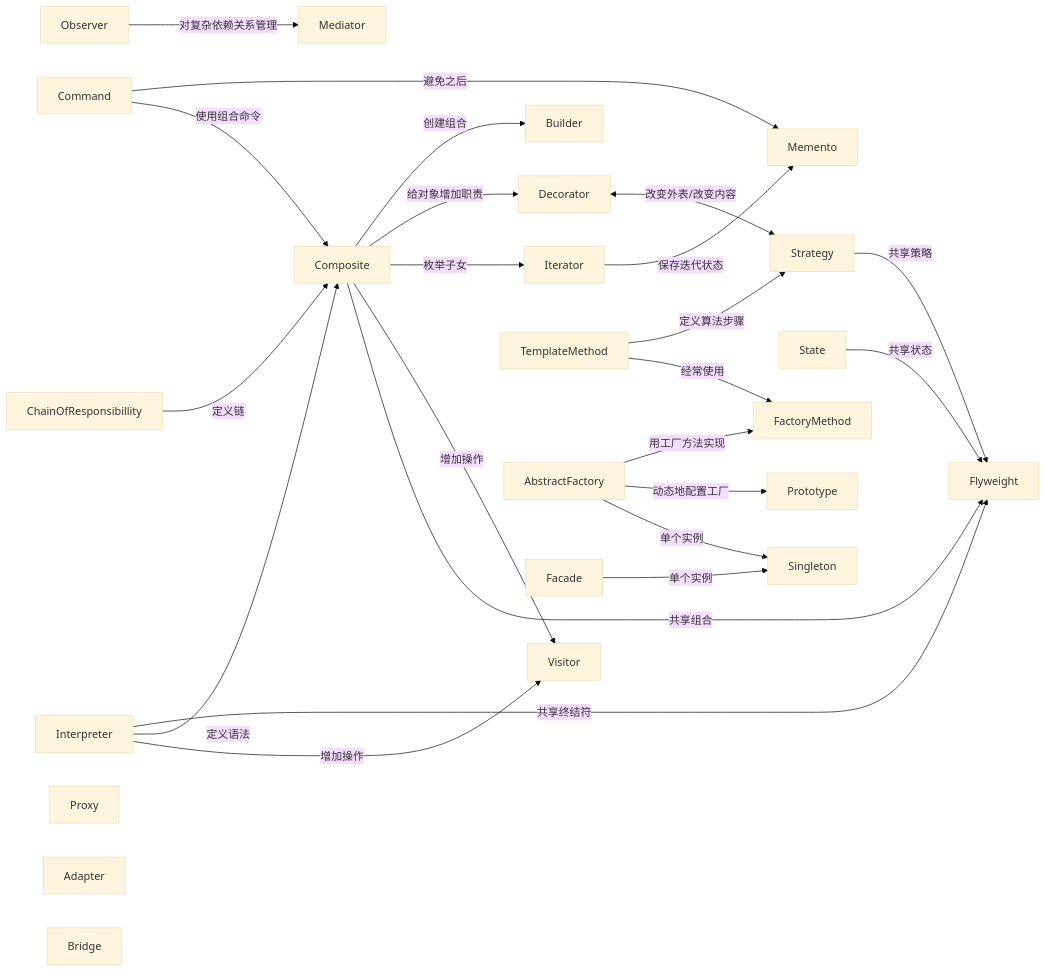
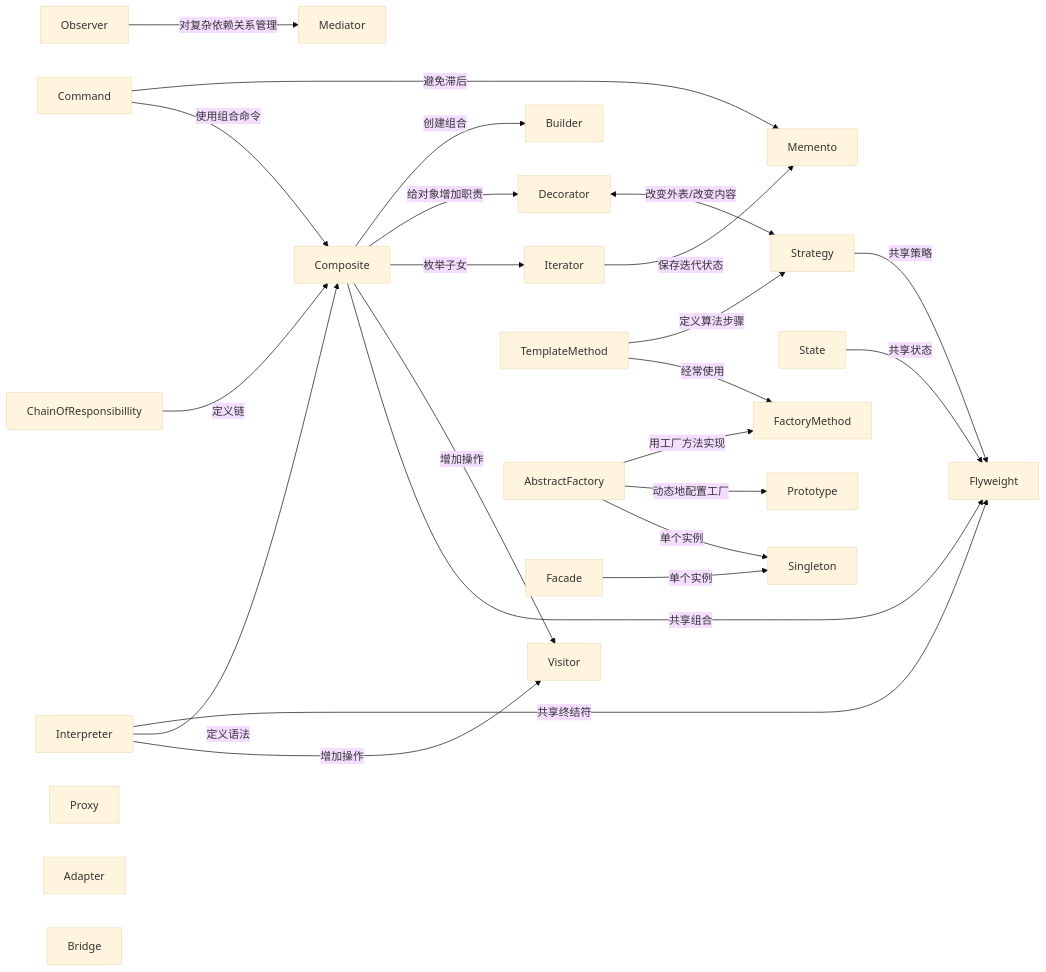
Before and after one commit to zoroqi/hacker-laws-zh: the diagram in 设计模式README.md, drawn with Mermaid (base theme). The commit also changed 16 other files, not shown here.

````diff
--- a/设计模式README.md
+++ b/设计模式README.md
@@ -13,28 +13,28 @@
 ```mermaid
 flowchart LR
     Composite -- 创建组合 --> Builder
     Composite -- 给对象增加职责 --> Decorator
     Composite -- 枚举子女 --> Iterator
     Composite -- 增加操作 --> Visitor
     Composite -- 共享组合 --> Flyweight
     Iterator -- 保存迭代状态 --> Memento
     Strategy -- 共享策略 --> Flyweight
     State -- 共享状态 --> Flyweight
     Interpreter -- 共享终结符 --> Flyweight
     Interpreter -- 定义语法 --> Composite
     Interpreter -- 增加操作 --> Visitor
     ChainOfResponsibillity -- 定义链 --> Composite
-    Command -- 避免之后 --> Memento
+    Command -- 避免滞后 --> Memento
     Command -- 使用组合命令 --> Composite
     Decorator <--改变外表/改变内容 --> Strategy
     TemplateMethod -- 定义算法步骤 --> Strategy
     TemplateMethod -- 经常使用 --> FactoryMethod
     AbstractFactory -- 用工厂方法实现 --> FactoryMethod
     AbstractFactory -- 动态地配置工厂 --> Prototype
     AbstractFactory -- 单个实例 --> Singleton
     Facade -- 单个实例 --> Singleton
     Observer -- 对复杂依赖关系管理 --> Mediator
     Proxy
     Adapter
     Bridge
 ```
````
